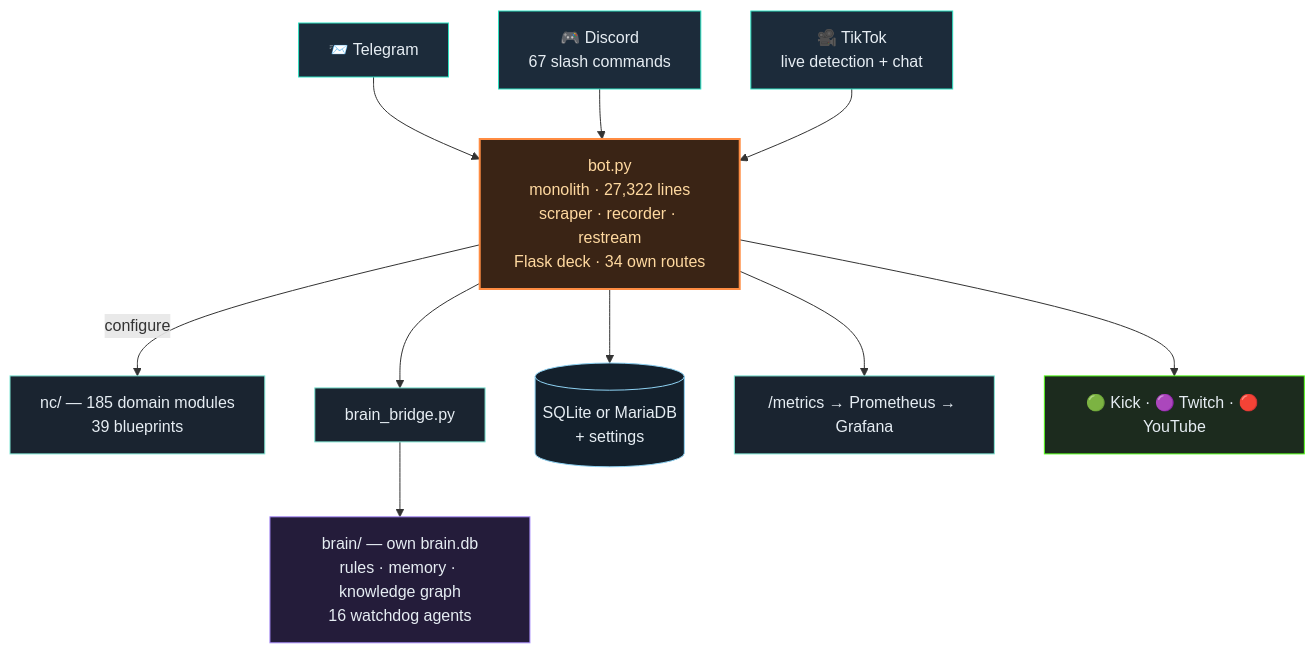
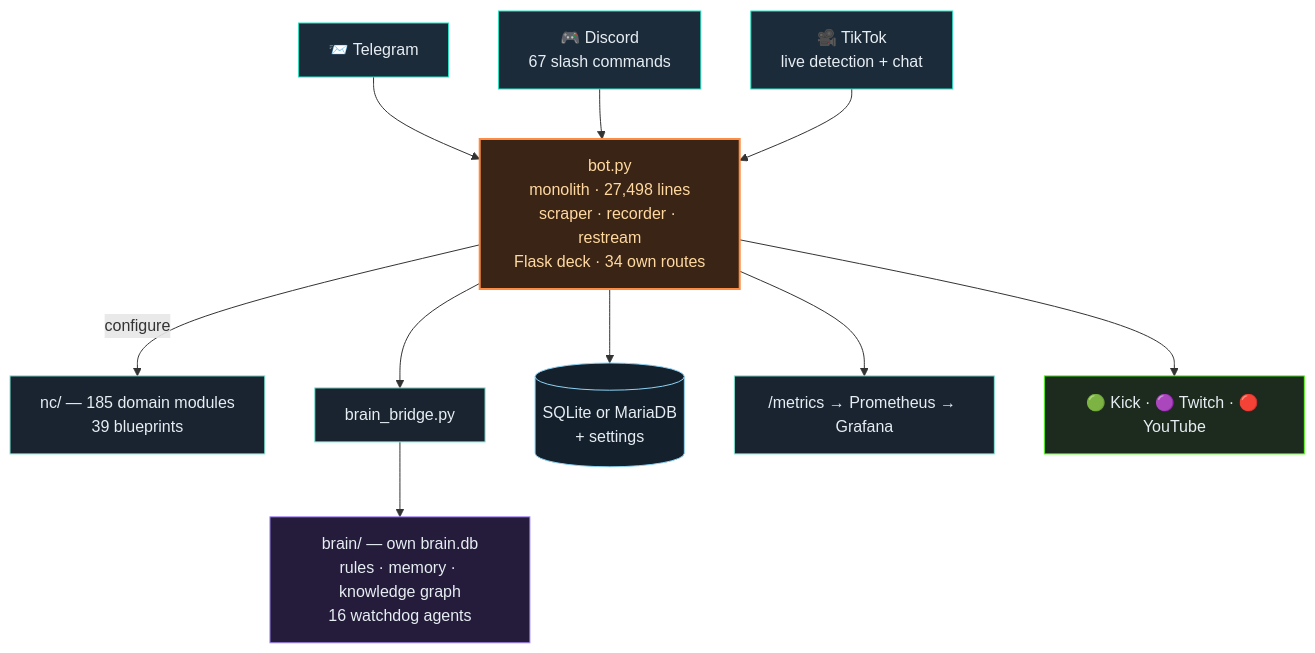
One commit to itsamemedev/Telegram-Stream-Info-Bot changed the second of 3 diagrams in README.en.md. Above: the diagram before and after it, drawn with Mermaid. The commit also changed other lines of this file and 33 other files, not shown here.

````diff
--- a/README.en.md
+++ b/README.en.md
@@ -119,19 +119,19 @@
 ```mermaid
 flowchart TB
     TG["📨 Telegram"]:::ein --> BOT
     DC["🎮 Discord<br/>67 slash commands"]:::ein --> BOT
     TT["🎥 TikTok<br/>live detection + chat"]:::ein --> BOT
-    BOT["bot.py<br/>monolith · 27,322 lines<br/>scraper · recorder · restream<br/>Flask deck · 34 own routes"]:::core
+    BOT["bot.py<br/>monolith · 27,498 lines<br/>scraper · recorder · restream<br/>Flask deck · 34 own routes"]:::core
     BOT -->|configure| NC["nc/ — 185 domain modules<br/>39 blueprints"]:::lib
     BOT --> BR["brain_bridge.py"]:::lib
     BR --> BRAIN["brain/ — own brain.db<br/>rules · memory · knowledge graph<br/>16 watchdog agents"]:::brain
     BOT --> DB[("SQLite or MariaDB<br/>+ settings")]:::db
     BOT --> PROM["/metrics → Prometheus → Grafana"]:::lib
     BOT --> OUT["🟢 Kick · 🟣 Twitch · 🔴 YouTube"]:::out
     classDef ein fill:#1c2b3a,stroke:#2de1c2,color:#e6edf3
     classDef core fill:#3a2415,stroke:#ff8c42,stroke-width:2px,color:#ffd9a0
     classDef lib fill:#1a2430,stroke:#7fe7d4,color:#e6edf3
     classDef brain fill:#241c3a,stroke:#a78bfa,color:#e6edf3
     classDef db fill:#14202c,stroke:#8fd3f4,color:#e6edf3
     classDef out fill:#1c2b1e,stroke:#53fc18,color:#e6edf3
 ```
````
